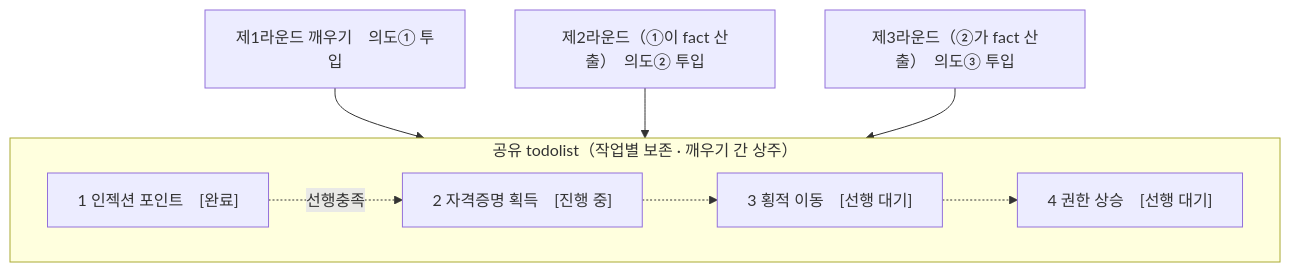
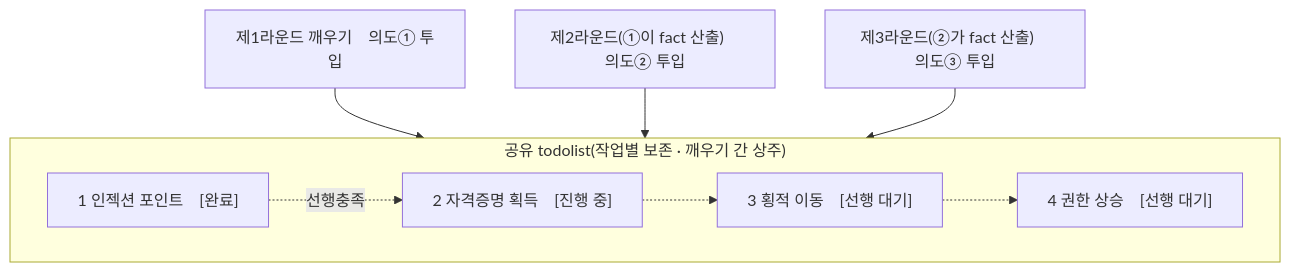
The fifth of 5 diagrams in README.ko.md (Doyoun510/ARTEX_ko), drawn with Mermaid before and after one commit. The commit also changed other lines of this file and 26 other files, not shown here.

````diff
--- a/README.ko.md
+++ b/README.ko.md
@@ -440,14 +440,14 @@
 ```mermaid
 flowchart TB
-  subgraph TODO["공유 todolist（작업별 보존 · 깨우기 간 상주）"]
+  subgraph TODO["공유 todolist(작업별 보존 · 깨우기 간 상주)"]
     direction LR
     T1["1 인젝션 포인트　[완료]"]
     T2["2 자격증명 획득　[진행 중]"]
     T3["3 횡적 이동　[선행 대기]"]
     T4["4 권한 상승　[선행 대기]"]
     T1 -.선행충족.-> T2 -.-> T3 -.-> T4
   end
   R1["제1라운드 깨우기　의도① 투입"] --> T1
-  R2["제2라운드（①이 fact 산출）　의도② 투입"] --> T2
-  R3["제3라운드（②가 fact 산출）　의도③ 투입"] --> T3
+  R2["제2라운드(①이 fact 산출)　의도② 투입"] --> T2
+  R3["제3라운드(②가 fact 산출)　의도③ 투입"] --> T3
 ```
````
